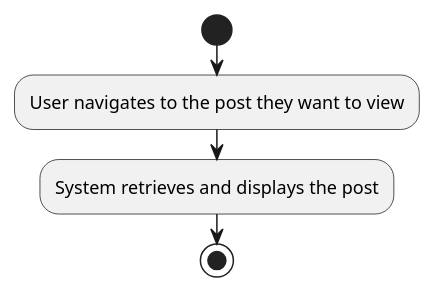
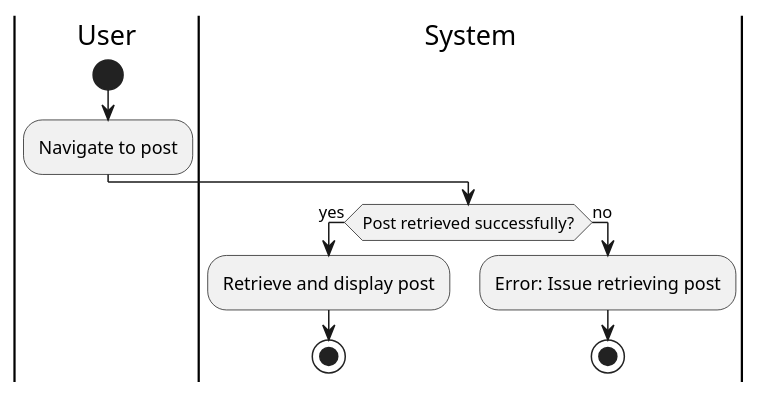
The tenth of 22 diagrams in docs/checkpoint_1/use_cases.md (tungbeo0221/Forked-crosscodex.github.io), drawn with PlantUML before and after one commit. The commit also changed other lines of this file and 39 other files, not shown here.

````diff
--- a/docs/checkpoint_1/use_cases.md
+++ b/docs/checkpoint_1/use_cases.md
@@ -262,8 +319,16 @@
 ```plantuml
 @startuml
+|User|
 start
-:User navigates to the post they want to view;
-:System retrieves and displays the post;
-stop
+:Navigate to post;
+|System|
+if (Post retrieved successfully?) then (yes)
+  :Retrieve and display post;
+  stop
+else (no)
+  :Error: Issue retrieving post;
+  stop
+endif
 @enduml
+
 ```
````
